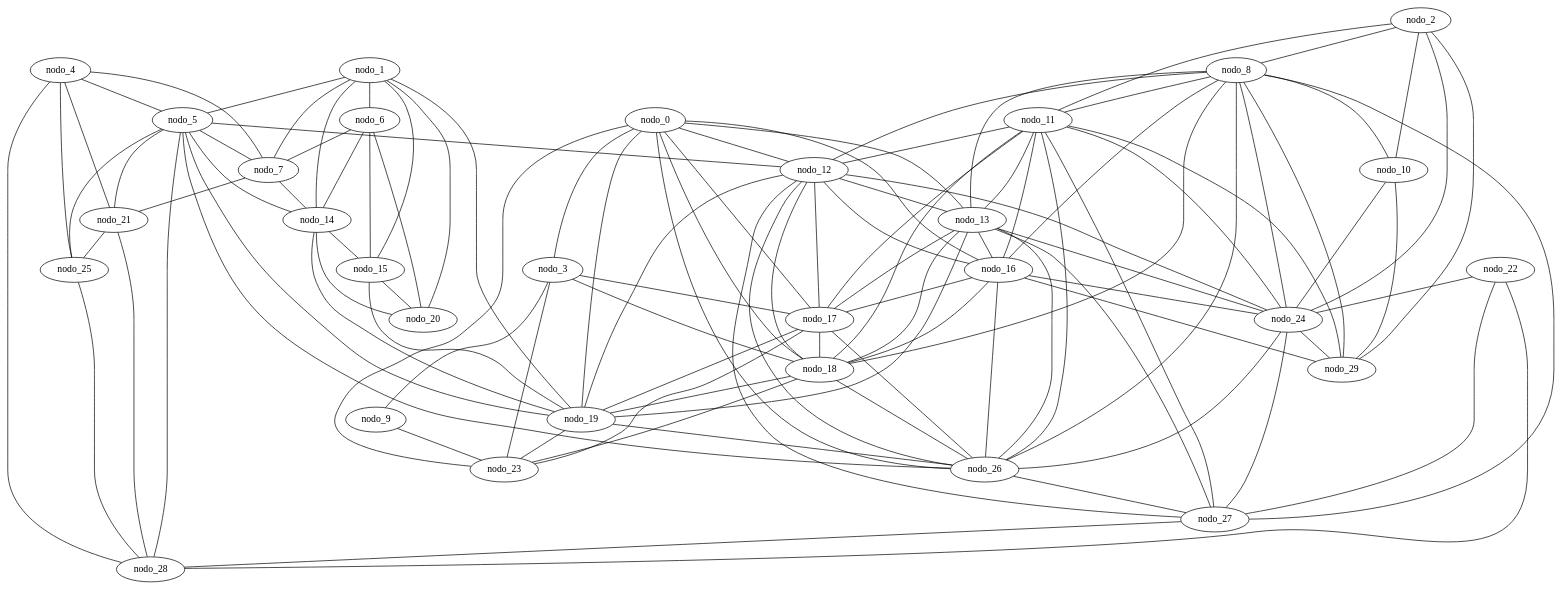
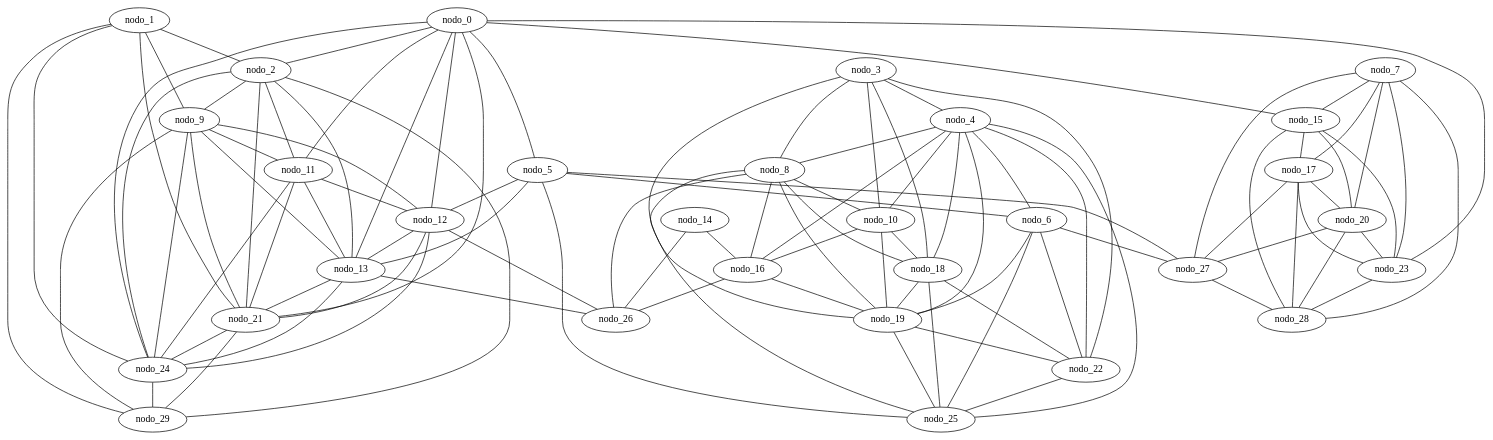
One commit to sinisterra/cic-algoritmos changed the diagram in proyecto01/proyecto01/gen_geografico_30.gv. Above: the diagram before and after it, drawn with Graphviz. The commit also changed 15 other files, not shown here.

```diff
--- a/proyecto01/proyecto01/gen_geografico_30.gv
+++ b/proyecto01/proyecto01/gen_geografico_30.gv
@@ -1,143 +1,103 @@
 graph gen_geografico_30 {
-  nodo_0;
-  nodo_1;
-  nodo_2;
-  nodo_3;
-  nodo_4;
-  nodo_5;
-  nodo_6;
-  nodo_7;
-  nodo_8;
-  nodo_9;
-  nodo_10;
-  nodo_11;
-  nodo_12;
-  nodo_13;
-  nodo_14;
-  nodo_15;
-  nodo_16;
-  nodo_17;
-  nodo_18;
-  nodo_19;
-  nodo_20;
-  nodo_21;
-  nodo_22;
-  nodo_23;
-  nodo_24;
-  nodo_25;
-  nodo_26;
-  nodo_27;
-  nodo_28;
-  nodo_29;
-  nodo_11 -- nodo_26;
+  nodo_1 -- nodo_29;
+  nodo_1 -- nodo_24;
+  nodo_4 -- nodo_16;
+  nodo_4 -- nodo_19;
+  nodo_14 -- nodo_16;
+  nodo_4 -- nodo_18;
   nodo_11 -- nodo_24;
-  nodo_14 -- nodo_15;
-  nodo_11 -- nodo_29;
-  nodo_11 -- nodo_27;
-  nodo_14 -- nodo_19;
-  nodo_14 -- nodo_20;
-  nodo_25 -- nodo_28;
-  nodo_1 -- nodo_20;
-  nodo_9 -- nodo_23;
-  nodo_4 -- nodo_28;
-  nodo_17 -- nodo_18;
-  nodo_3 -- nodo_9;
-  nodo_17 -- nodo_19;
-  nodo_7 -- nodo_14;
-  nodo_17 -- nodo_26;
-  nodo_4 -- nodo_21;
+  nodo_4 -- nodo_10;
+  nodo_9 -- nodo_24;
+  nodo_9 -- nodo_29;
+  nodo_1 -- nodo_21;
+  nodo_9 -- nodo_21;
+  nodo_3 -- nodo_4;
+  nodo_14 -- nodo_26;
+  nodo_3 -- nodo_8;
+  nodo_20 -- nodo_28;
+  nodo_20 -- nodo_27;
+  nodo_4 -- nodo_22;
+  nodo_17 -- nodo_27;
+  nodo_17 -- nodo_28;
+  nodo_7 -- nodo_17;
+  nodo_20 -- nodo_23;
+  nodo_7 -- nodo_15;
   nodo_17 -- nodo_23;
   nodo_4 -- nodo_25;
-  nodo_13 -- nodo_27;
+  nodo_17 -- nodo_20;
   nodo_13 -- nodo_26;
-  nodo_16 -- nodo_17;
-  nodo_16 -- nodo_18;
-  nodo_16 -- nodo_24;
+  nodo_16 -- nodo_19;
   nodo_16 -- nodo_26;
-  nodo_2 -- nodo_10;
+  nodo_7 -- nodo_23;
+  nodo_7 -- nodo_28;
   nodo_2 -- nodo_11;
+  nodo_2 -- nodo_13;
+  nodo_7 -- nodo_27;
   nodo_27 -- nodo_28;
-  nodo_7 -- nodo_21;
+  nodo_7 -- nodo_20;
   nodo_11 -- nodo_12;
-  nodo_2 -- nodo_8;
-  nodo_5 -- nodo_19;
   nodo_11 -- nodo_13;
+  nodo_2 -- nodo_9;
   nodo_2 -- nodo_29;
-  nodo_11 -- nodo_18;
-  nodo_16 -- nodo_29;
-  nodo_6 -- nodo_7;
-  nodo_11 -- nodo_16;
-  nodo_11 -- nodo_17;
   nodo_5 -- nodo_12;
-  nodo_5 -- nodo_14;
-  nodo_19 -- nodo_23;
-  nodo_19 -- nodo_26;
+  nodo_2 -- nodo_21;
+  nodo_11 -- nodo_21;
+  nodo_5 -- nodo_13;
   nodo_2 -- nodo_24;
-  nodo_22 -- nodo_24;
-  nodo_22 -- nodo_27;
-  nodo_22 -- nodo_28;
-  nodo_0 -- nodo_19;
-  nodo_0 -- nodo_18;
-  nodo_0 -- nodo_17;
-  nodo_0 -- nodo_16;
+  nodo_19 -- nodo_25;
+  nodo_19 -- nodo_22;
+  nodo_22 -- nodo_25;
+  nodo_10 -- nodo_19;
+  nodo_0 -- nodo_15;
   nodo_0 -- nodo_13;
   nodo_0 -- nodo_12;
-  nodo_5 -- nodo_28;
+  nodo_10 -- nodo_16;
+  nodo_15 -- nodo_28;
   nodo_18 -- nodo_19;
-  nodo_5 -- nodo_21;
-  nodo_18 -- nodo_26;
-  nodo_8 -- nodo_12;
-  nodo_8 -- nodo_13;
+  nodo_10 -- nodo_18;
   nodo_5 -- nodo_25;
   nodo_8 -- nodo_18;
-  nodo_18 -- nodo_23;
+  nodo_8 -- nodo_19;
+  nodo_18 -- nodo_22;
+  nodo_5 -- nodo_27;
   nodo_8 -- nodo_16;
-  nodo_5 -- nodo_26;
-  nodo_21 -- nodo_25;
+  nodo_18 -- nodo_25;
+  nodo_0 -- nodo_11;
+  nodo_21 -- nodo_24;
   nodo_8 -- nodo_10;
-  nodo_8 -- nodo_11;
-  nodo_21 -- nodo_28;
-  nodo_0 -- nodo_26;
+  nodo_21 -- nodo_29;
+  nodo_1 -- nodo_2;
+  nodo_0 -- nodo_24;
   nodo_0 -- nodo_23;
-  nodo_1 -- nodo_5;
-  nodo_1 -- nodo_6;
-  nodo_13 -- nodo_17;
-  nodo_1 -- nodo_7;
-  nodo_13 -- nodo_16;
-  nodo_3 -- nodo_17;
+  nodo_1 -- nodo_9;
   nodo_3 -- nodo_18;
-  nodo_10 -- nodo_24;
-  nodo_5 -- nodo_7;
-  nodo_10 -- nodo_29;
-  nodo_13 -- nodo_19;
-  nodo_13 -- nodo_18;
+  nodo_3 -- nodo_19;
+  nodo_5 -- nodo_6;
+  nodo_8 -- nodo_25;
   nodo_8 -- nodo_26;
-  nodo_8 -- nodo_24;
-  nodo_8 -- nodo_29;
+  nodo_3 -- nodo_10;
   nodo_13 -- nodo_24;
-  nodo_8 -- nodo_27;
-  nodo_24 -- nodo_26;
-  nodo_24 -- nodo_27;
+  nodo_13 -- nodo_21;
+  nodo_0 -- nodo_21;
   nodo_24 -- nodo_29;
-  nodo_12 -- nodo_16;
+  nodo_6 -- nodo_19;
   nodo_12 -- nodo_13;
-  nodo_12 -- nodo_19;
-  nodo_12 -- nodo_17;
-  nodo_12 -- nodo_18;
-  nodo_6 -- nodo_15;
-  nodo_3 -- nodo_23;
-  nodo_6 -- nodo_14;
-  nodo_1 -- nodo_19;
-  nodo_0 -- nodo_3;
-  nodo_1 -- nodo_15;
-  nodo_1 -- nodo_14;
+  nodo_3 -- nodo_22;
+  nodo_12 -- nodo_21;
+  nodo_23 -- nodo_28;
+  nodo_0 -- nodo_2;
+  nodo_0 -- nodo_5;
   nodo_12 -- nodo_26;
-  nodo_12 -- nodo_27;
-  nodo_4 -- nodo_5;
   nodo_12 -- nodo_24;
-  nodo_4 -- nodo_7;
-  nodo_15 -- nodo_19;
+  nodo_4 -- nodo_6;
+  nodo_4 -- nodo_8;
+  nodo_15 -- nodo_17;
+  nodo_6 -- nodo_22;
+  nodo_15 -- nodo_23;
+  nodo_9 -- nodo_13;
+  nodo_6 -- nodo_25;
   nodo_15 -- nodo_20;
-  nodo_26 -- nodo_27;
-  nodo_6 -- nodo_20;
+  nodo_6 -- nodo_27;
+  nodo_9 -- nodo_12;
+  nodo_9 -- nodo_11;
 }
```
